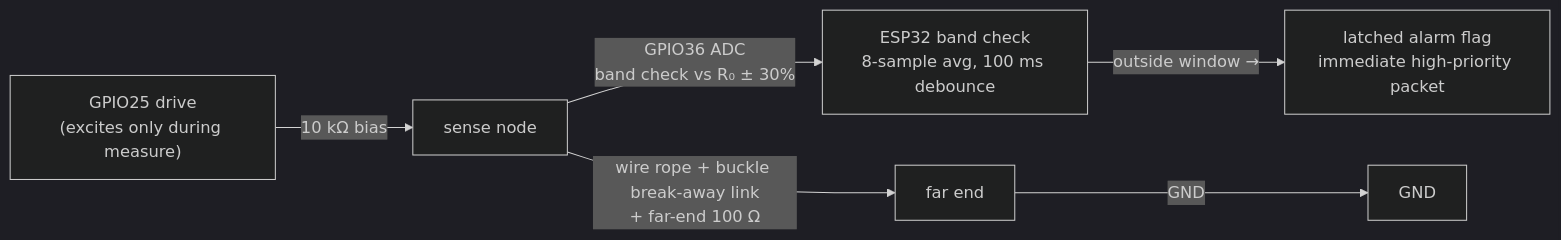
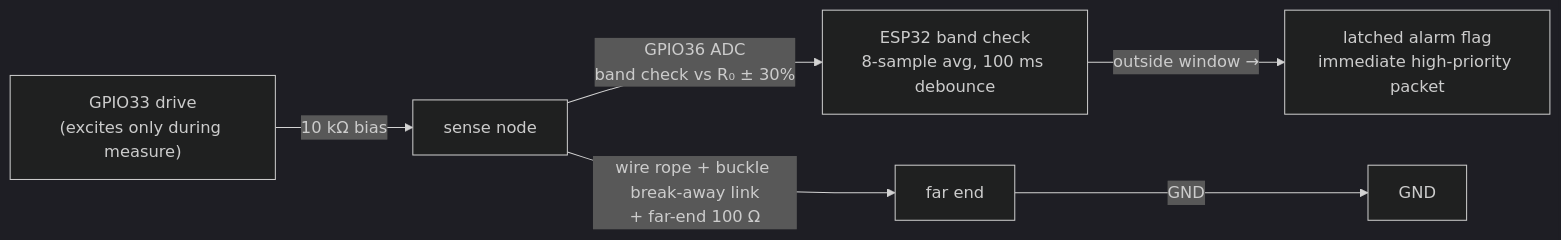
One commit to qppd/smart-collar changed the second of 2 diagrams in docs/BLOCK-DIAGRAM.md. Above: the diagram before and after it, drawn with Mermaid (dark theme). The commit also changed other lines of this file and 4 other files, not shown here.

````diff
--- a/docs/BLOCK-DIAGRAM.md
+++ b/docs/BLOCK-DIAGRAM.md
@@ -56,8 +56,8 @@
 ```mermaid
 flowchart LR
-    G25["GPIO25 drive<br/>(excites only during measure)"] -- "10 kΩ bias" --> NODE["sense node"]
+    G25["GPIO33 drive<br/>(excites only during measure)"] -- "10 kΩ bias" --> NODE["sense node"]
     NODE -- "GPIO36 ADC<br/>band check vs R₀ ± 30%" --> ESP["ESP32 band check<br/>8-sample avg, 100 ms debounce"]
     NODE -- "wire rope + buckle break-away link<br/>+ far-end 100 Ω" --> FAR["far end"]
     FAR -- "GND" --> GND["GND"]
     ESP -- "outside window →" --> LATCH["latched alarm flag<br/>immediate high-priority packet"]
 ```
````
